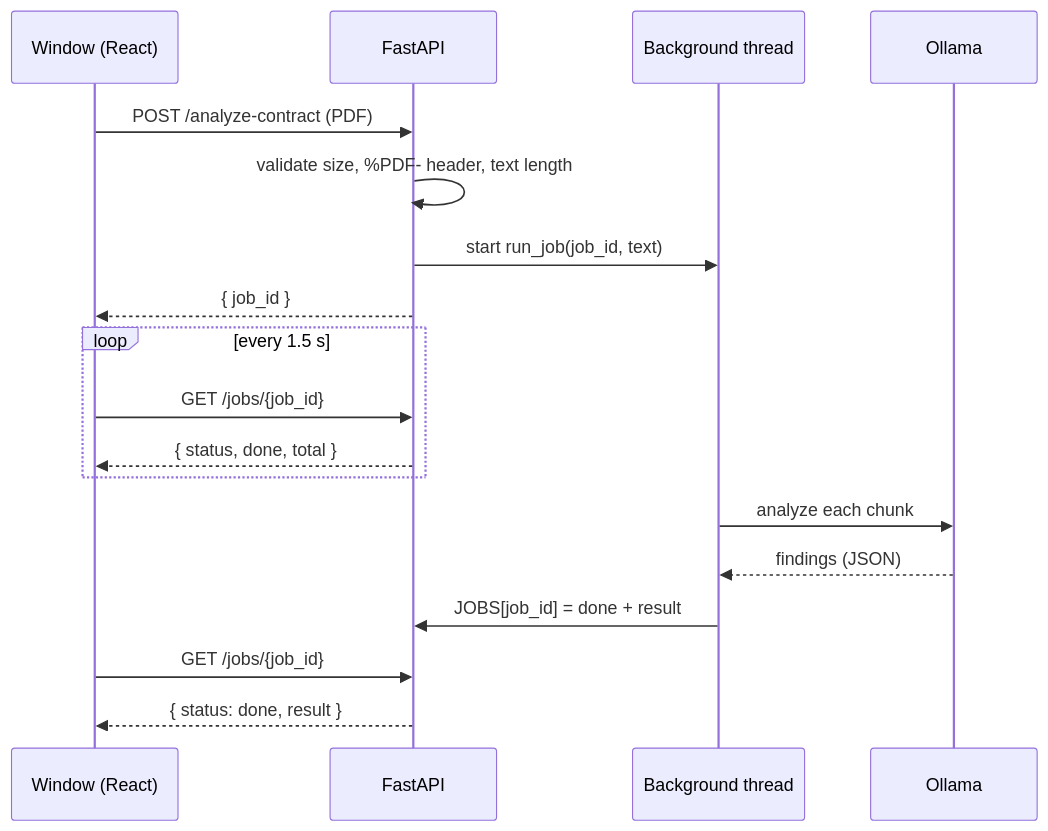
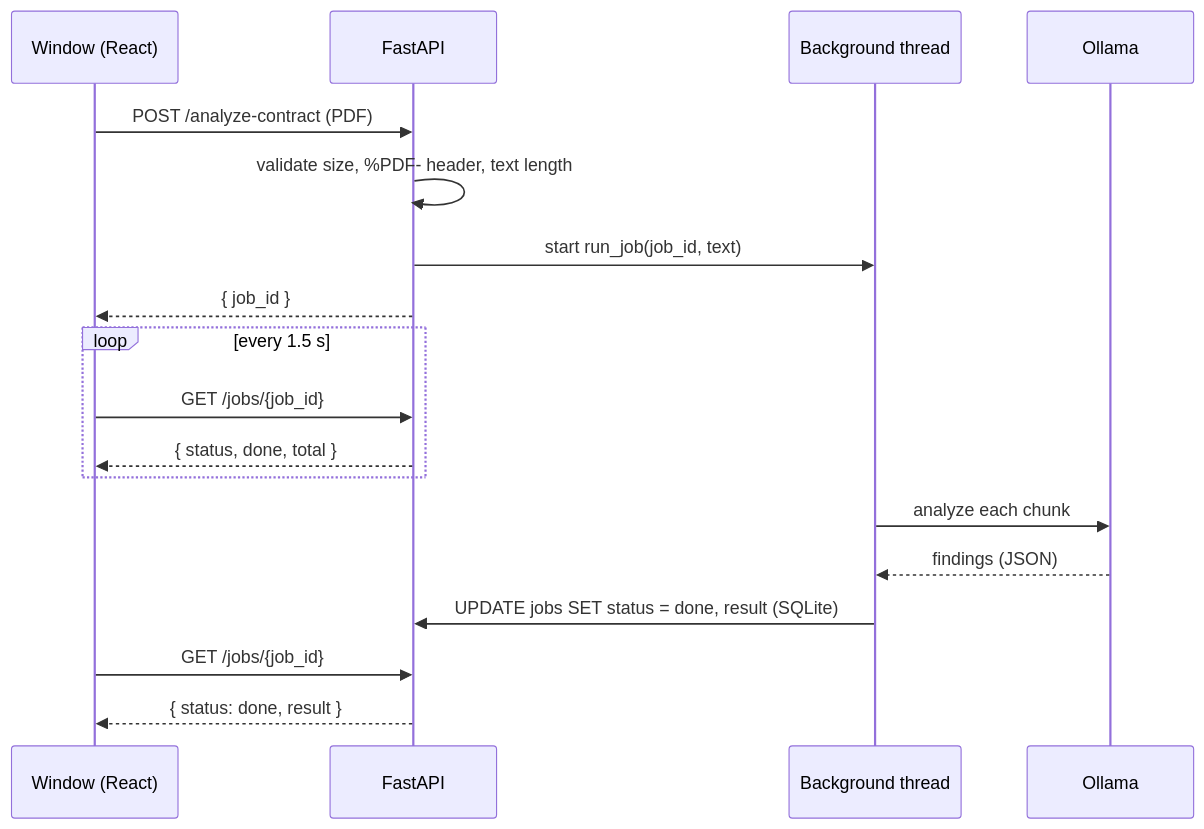
Before and after one commit to zoki8/ai-contract-analyzer: the third of 4 diagrams in README.md, drawn with Mermaid. The commit also changed other lines of this file and 2 other files, not shown here.

Commit message:
Update README for dedupe, SQLite jobs and stress test; add job persistence tests

````diff
--- a/README.md
+++ b/README.md
@@ -172,21 +177,21 @@
 ```mermaid
 sequenceDiagram
     participant U as Window (React)
     participant A as FastAPI
     participant T as Background thread
     participant O as Ollama
 
     U->>A: POST /analyze-contract (PDF)
     A->>A: validate size, %PDF- header, text length
     A->>T: start run_job(job_id, text)
     A-->>U: { job_id }
     loop every 1.5 s
         U->>A: GET /jobs/{job_id}
         A-->>U: { status, done, total }
     end
     T->>O: analyze each chunk
     O-->>T: findings (JSON)
-    T->>A: JOBS[job_id] = done + result
+    T->>A: UPDATE jobs SET status = done, result (SQLite)
     U->>A: GET /jobs/{job_id}
     A-->>U: { status: done, result }
 ```
````
